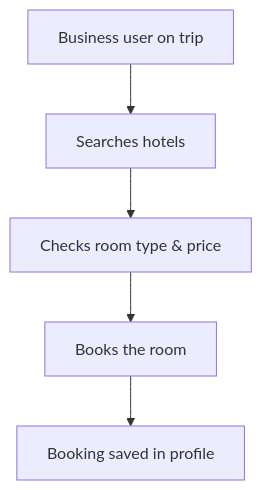
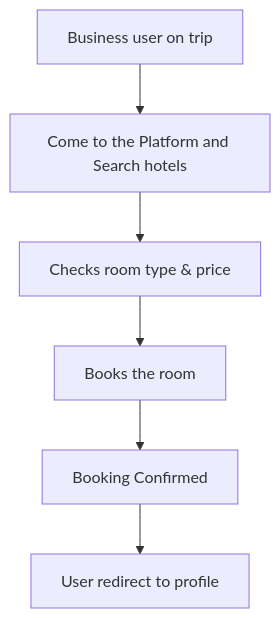
One commit to Khush-GKMIT/Hotel-Management-System-Docs changed the second of 2 diagrams in docs/business-cases.md. Above: the diagram before and after it, drawn with Mermaid. The commit also changed other lines of this file and 13 other files, not shown here.

````diff
--- a/docs/business-cases.md
+++ b/docs/business-cases.md
@@ -37,7 +32,8 @@
 ```mermaid
 flowchart TD
-    A[Business user on trip] --> B[Searches hotels]
+    A[Business user on trip] --> B[Come to the Platform and Search hotels]
     B --> C[Checks room type & price]
     C --> D[Books the room]
-    D --> E[Booking saved in profile]
+    D --> E[Booking Confirmed]
+    E --> F[User redirect to profile]
 ```
````
